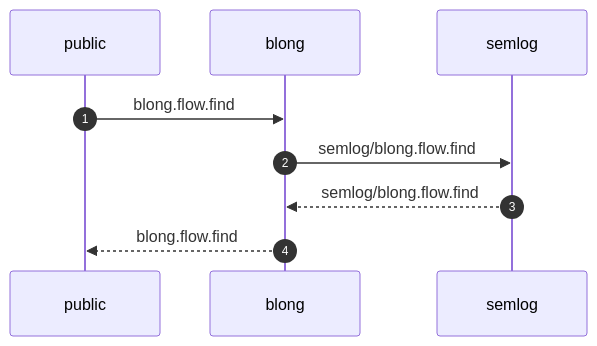
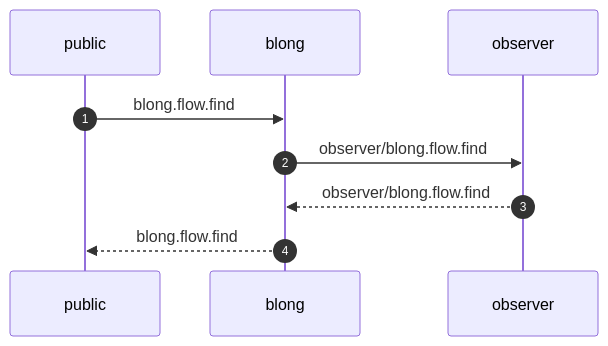
Before and after one commit to feasibleone/blong: the diagram in core/blong-realm/docs/observedFlows.md, drawn with Mermaid. The commit also changed 415 other files, not shown here.

````diff
--- a/core/blong-realm/docs/observedFlows.md
+++ b/core/blong-realm/docs/observedFlows.md
@@ -3,11 +3,11 @@
 ```mermaid
 sequenceDiagram
     autonumber
     participant public
     participant blong
-    participant semlog
+    participant observer
     public->>blong: blong.flow.find
-    blong->>semlog: semlog/blong.flow.find
-    semlog-->>blong: semlog/blong.flow.find
+    blong->>observer: observer/blong.flow.find
+    observer-->>blong: observer/blong.flow.find
     blong-->>public: blong.flow.find
 ```
````
